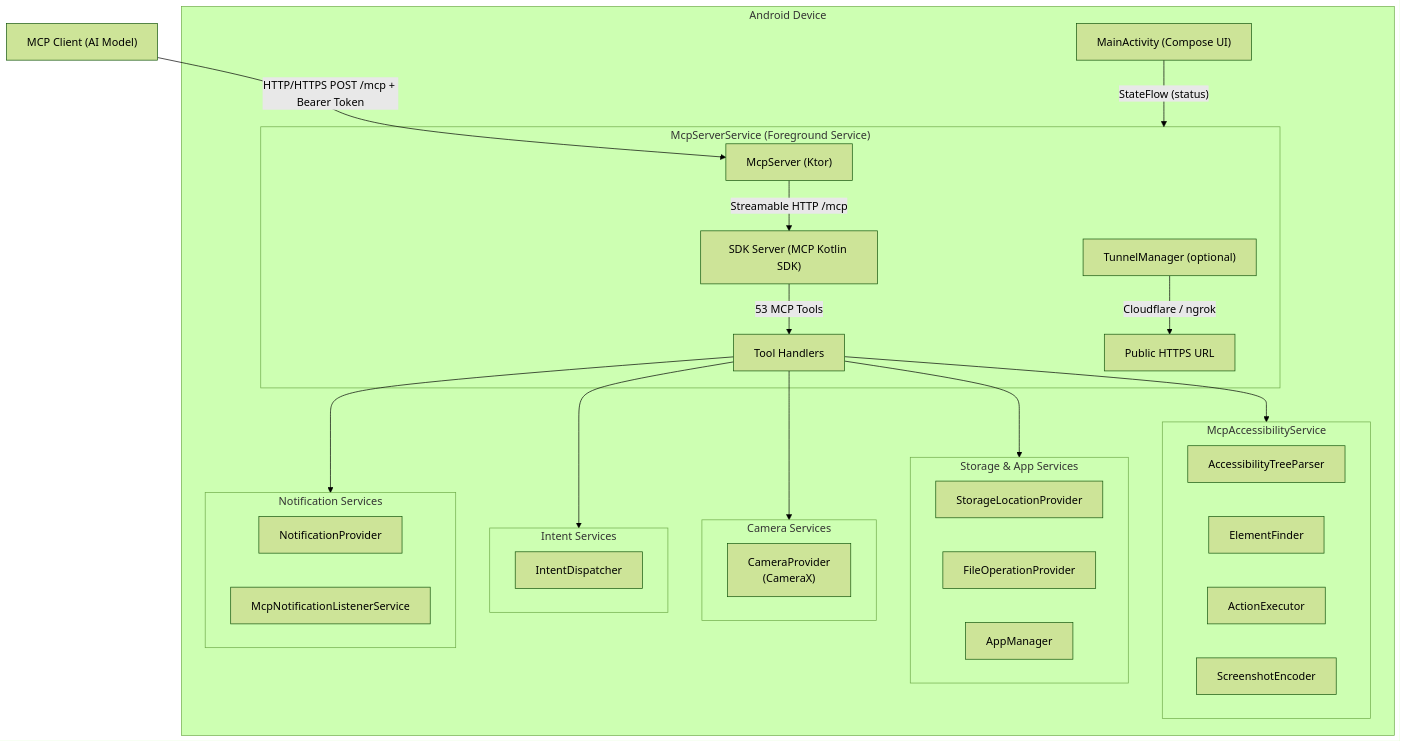
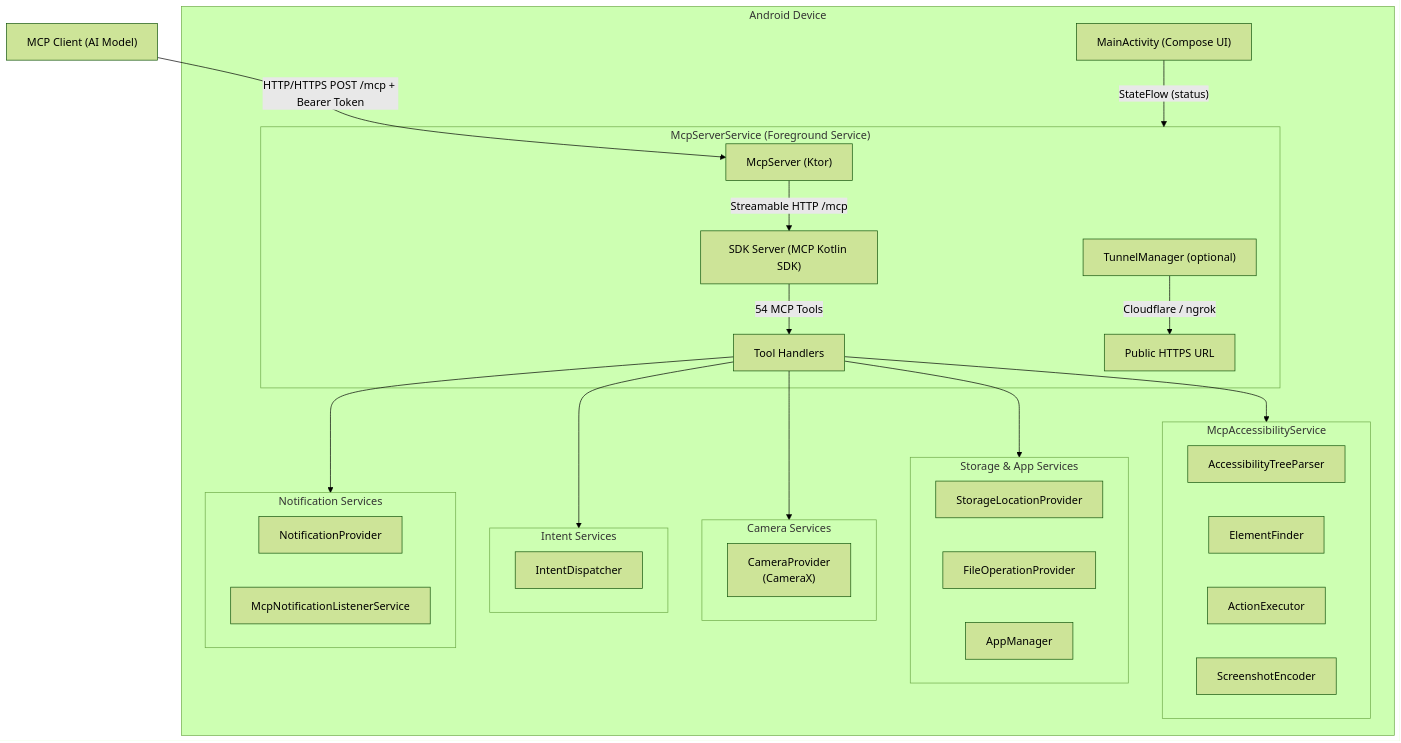
The diagram in README.md (danielealbano/android-remote-control-mcp), drawn with Mermaid (forest theme) before and after one commit. The commit also changed other lines of this file and 1 other file, not shown here.

First line of the commit message:
docs: update README and MCP_TOOLS for v1.5.0 changes

````diff
--- a/README.md
+++ b/README.md
@@ -237,50 +238,50 @@
 ```mermaid
 graph TB
     Client["MCP Client (AI Model)"]
     Client -->|"HTTP/HTTPS POST /mcp + Bearer Token"| McpServer
 
     subgraph Device["Android Device"]
         subgraph McpServerService["McpServerService (Foreground Service)"]
             McpServer["McpServer (Ktor)"]
             McpServer -->|"Streamable HTTP /mcp"| SDK["SDK Server (MCP Kotlin SDK)"]
-            SDK -->|"53 MCP Tools"| Tools["Tool Handlers"]
+            SDK -->|"54 MCP Tools"| Tools["Tool Handlers"]
             TunnelMgr["TunnelManager (optional)"]
             TunnelMgr -->|"Cloudflare / ngrok"| PublicURL["Public HTTPS URL"]
         end
 
         subgraph Accessibility["McpAccessibilityService"]
             TreeParser["AccessibilityTreeParser"]
             ElemFinder["ElementFinder"]
             ActionExec["ActionExecutor"]
             ScreenEnc["ScreenshotEncoder"]
         end
 
         subgraph Storage["Storage & App Services"]
             StorageProv["StorageLocationProvider"]
             FileOps["FileOperationProvider"]
             AppMgr["AppManager"]
         end
 
         subgraph CameraSvc["Camera Services"]
             CamProv["CameraProvider\n(CameraX)"]
         end
 
         subgraph IntentSvc["Intent Services"]
             IntentDisp["IntentDispatcher"]
         end
 
         subgraph NotifSvc["Notification Services"]
             NotifProv["NotificationProvider"]
             NotifListener["McpNotificationListenerService"]
         end
 
         MainActivity["MainActivity (Compose UI)"]
 
         Tools --> Accessibility
         Tools --> Storage
         Tools --> CameraSvc
         Tools --> IntentSvc
         Tools --> NotifSvc
         MainActivity -->|"StateFlow (status)"| McpServerService
     end
 ```
````
